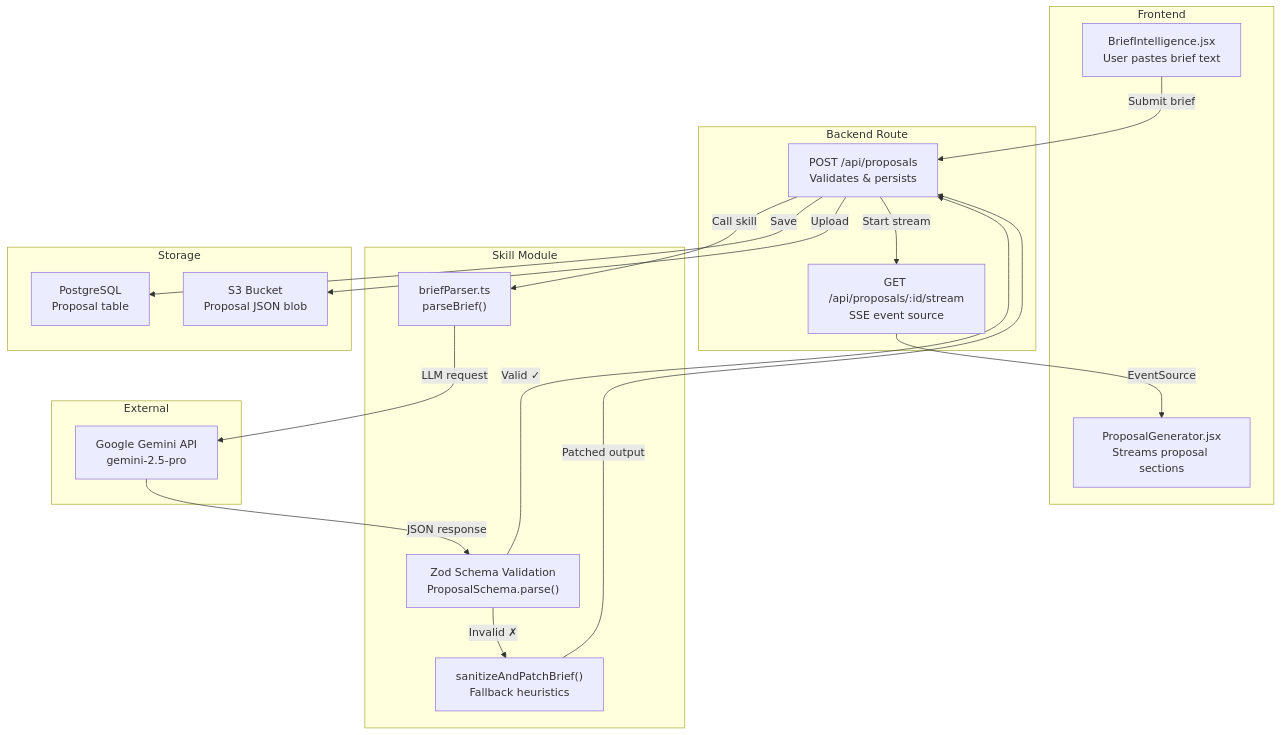
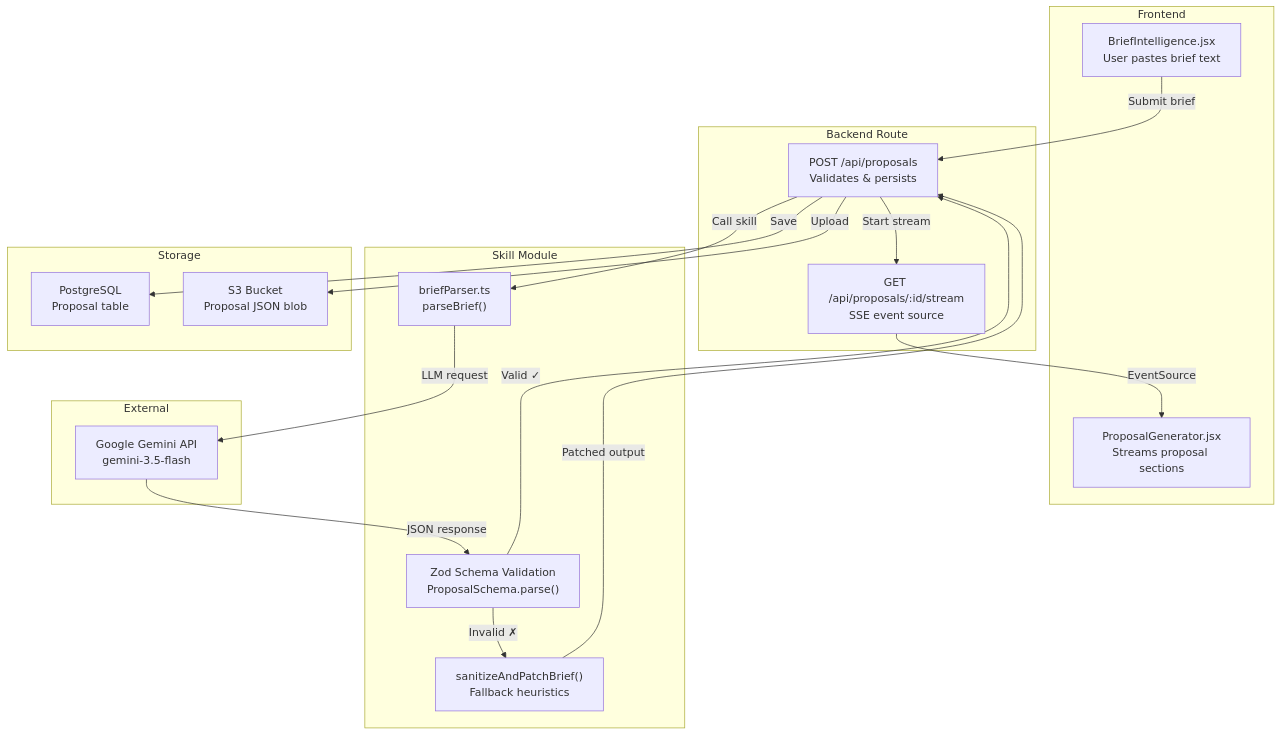
Before and after one commit to FixFlow-AI/FixFlow-AI-web: the fifth of 10 diagrams in docs/specifications/architecture/backend_connectivity_roadmap.md, drawn with Mermaid.

Commit message:
docs(specs): update model reference in backend connectivity roadmap diagram

````diff
--- a/docs/specifications/architecture/backend_connectivity_roadmap.md
+++ b/docs/specifications/architecture/backend_connectivity_roadmap.md
@@ -366,39 +366,39 @@
 ```mermaid
 graph TD
     subgraph Frontend
         A["BriefIntelligence.jsx<br/>User pastes brief text"]
         B["ProposalGenerator.jsx<br/>Streams proposal sections"]
     end
 
     subgraph Backend Route
         C["POST /api/proposals<br/>Validates & persists"]
         D["GET /api/proposals/:id/stream<br/>SSE event source"]
     end
 
     subgraph Skill Module
         E["briefParser.ts<br/>parseBrief()"]
         F["Zod Schema Validation<br/>ProposalSchema.parse()"]
         G["sanitizeAndPatchBrief()<br/>Fallback heuristics"]
     end
 
     subgraph External
-        H["Google Gemini API<br/>gemini-2.5-pro"]
+        H["Google Gemini API<br/>gemini-3.5-flash"]
     end
 
     subgraph Storage
         I["PostgreSQL<br/>Proposal table"]
         J["S3 Bucket<br/>Proposal JSON blob"]
     end
 
     A -->|"Submit brief"| C
     C -->|"Call skill"| E
     E -->|"LLM request"| H
     H -->|"JSON response"| F
     F -->|"Valid ✓"| C
     F -->|"Invalid ✗"| G
     G -->|"Patched output"| C
     C -->|"Save"| I
     C -->|"Upload"| J
     C -->|"Start stream"| D
     D -->|"EventSource"| B
 ```
````
